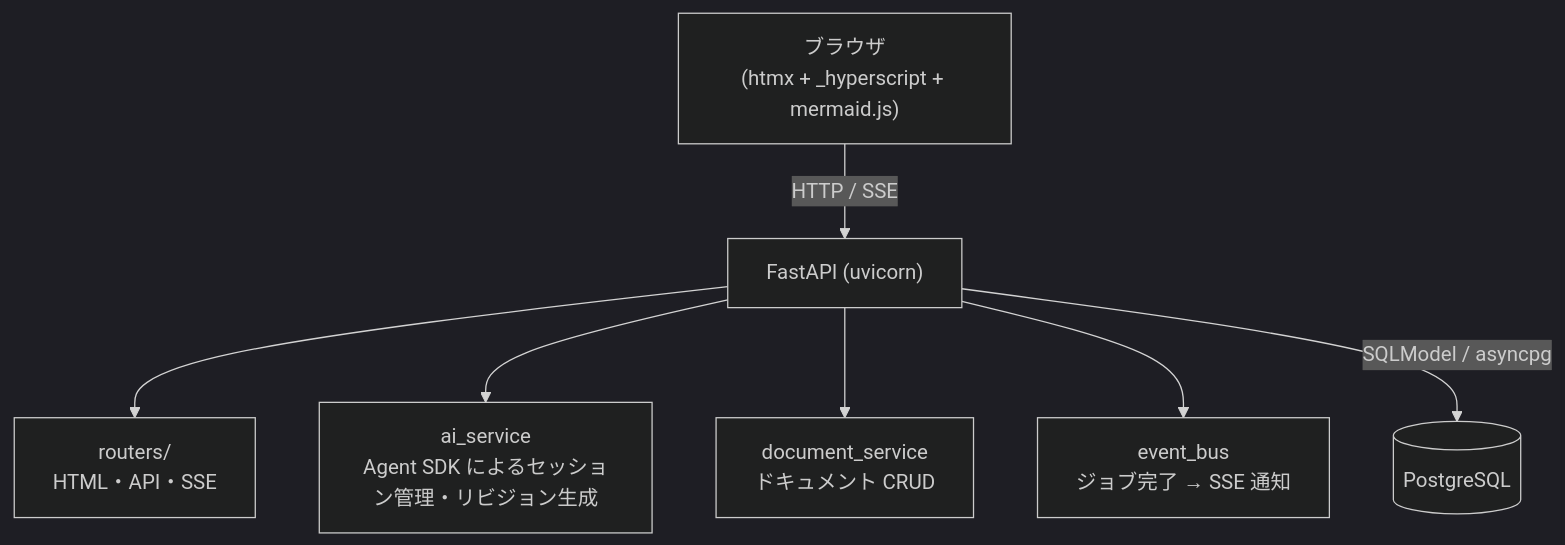
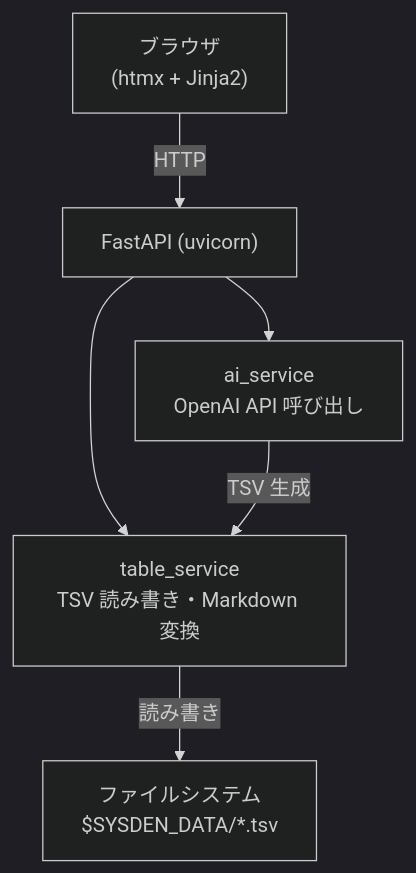
Before and after one commit to YTommy109/sysden: the diagram in docs/web-app-design.md, drawn with Mermaid (dark theme). The commit also changed other lines of this file and 35 other files, not shown here.

Commit message:
feat: RDBMS 廃止・TSV ファイルストレージ + OpenAI に変更する

````diff
--- a/docs/web-app-design.md
+++ b/docs/web-app-design.md
@@ -30,17 +55,14 @@
 ```mermaid
 graph TD
-    Browser["ブラウザ\n(htmx + _hyperscript + mermaid.js)"]
+    Browser["ブラウザ\n(htmx + Jinja2)"]
     FastAPI["FastAPI (uvicorn)"]
-    Routers["routers/\nHTML・API・SSE"]
-    AIService["ai_service\nAgent SDK によるセッション管理・リビジョン生成"]
-    DocService["document_service\nドキュメント CRUD"]
-    EventBus["event_bus\nジョブ完了 → SSE 通知"]
-    DB[(PostgreSQL)]
+    TableService["table_service\nTSV 読み書き・Markdown 変換"]
+    AIService["ai_service\nOpenAI API 呼び出し"]
+    FS["ファイルシステム\n$SYSDEN_DATA/*.tsv"]
 
-    Browser -->|HTTP / SSE| FastAPI
-    FastAPI --> Routers
+    Browser -->|HTTP| FastAPI
+    FastAPI --> TableService
     FastAPI --> AIService
-    FastAPI --> DocService
-    FastAPI --> EventBus
-    FastAPI -->|SQLModel / asyncpg| DB
+    TableService -->|読み書き| FS
+    AIService -->|TSV 生成| TableService
 ```
````
